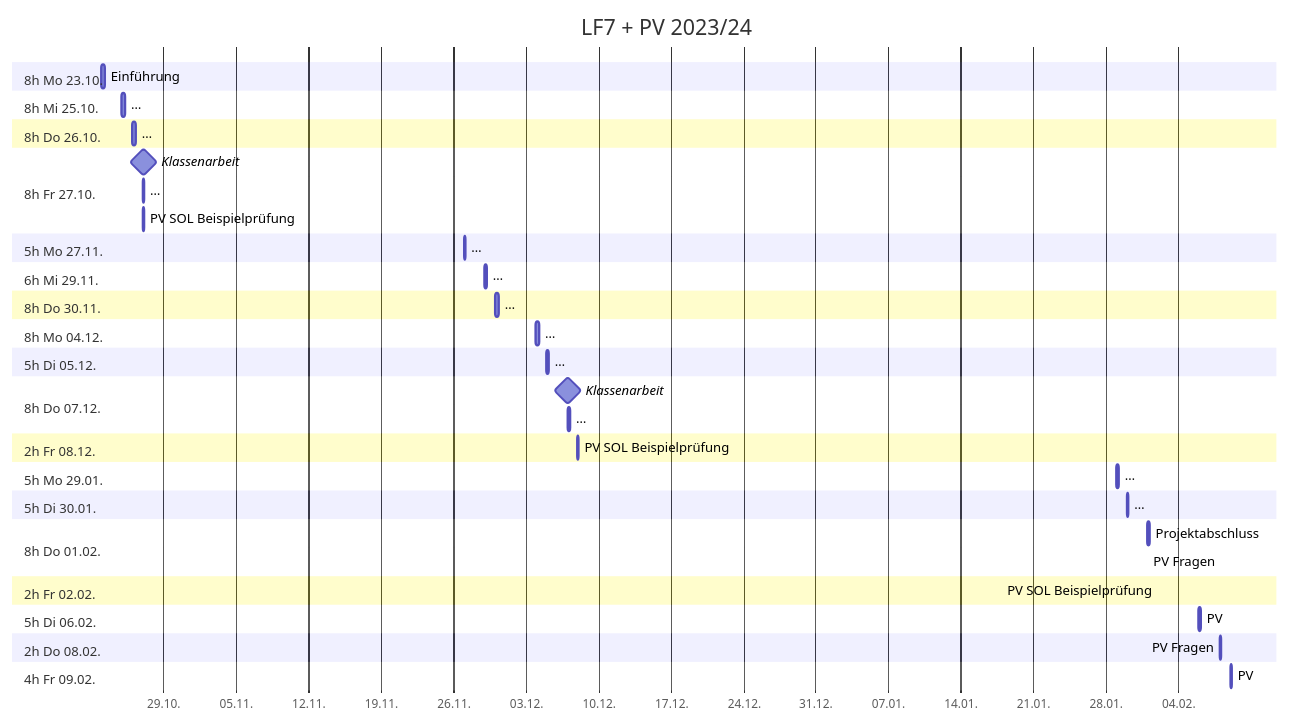
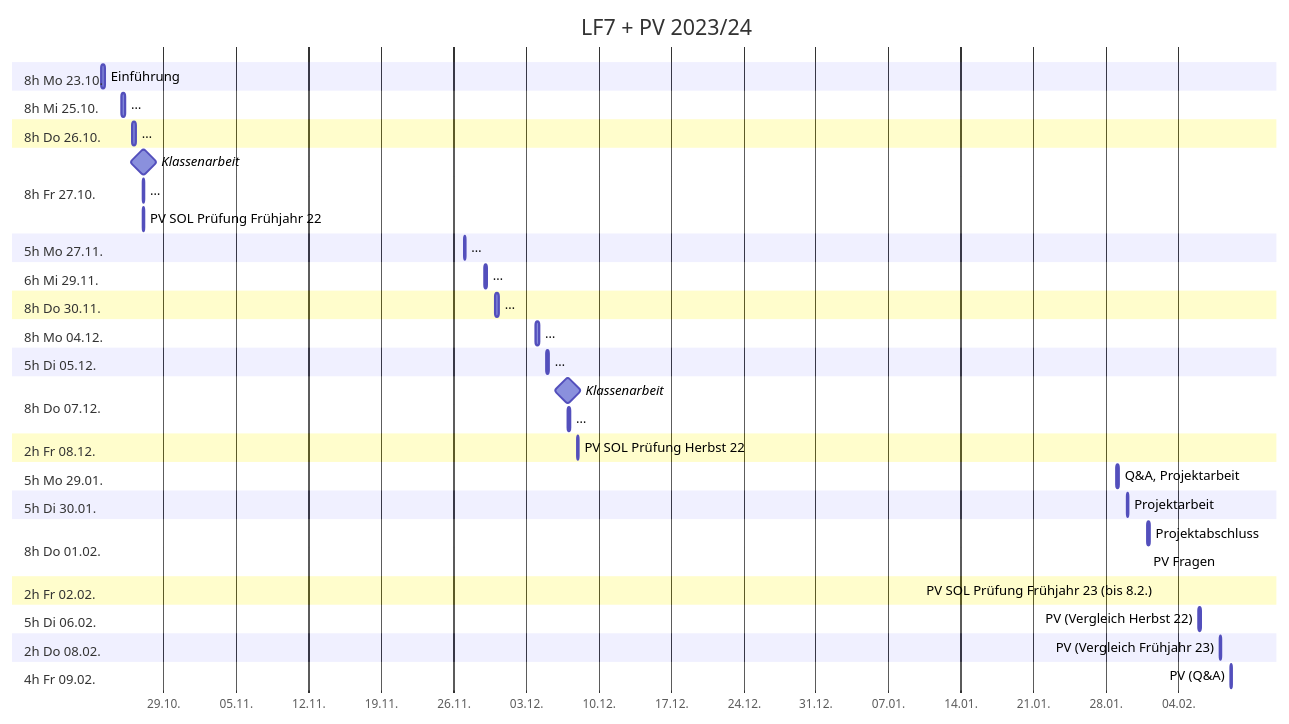
The diagram in src/plan.md (passa-wq/LF7), drawn with Mermaid before and after one commit. The commit also changed other lines of this file and 1 other file, not shown here.

Commit message:
plan: details letzte tage

````diff
--- a/src/plan.md
+++ b/src/plan.md
@@ -5,46 +5,46 @@
 ```mermaid
 gantt
  title LF7 + PV 2023/24
  dateFormat YYYY-MM-DD
  axisFormat %d.%m.
  section 8h Mo 23.10.
   Einführung                  :2023-10-23, 8h
  section 8h Mi 25.10.
   …                           :2023-10-25, 8h
  section 8h Do 26.10.
   …                           :2023-10-26, 8h
  section 8h Fr 27.10.
   Klassenarbeit               :milestone, 2023-10-27, 2h
   …                           :2023-10-27, 4h
-  PV SOL Beispielprüfung      :2023-10-27, 2h
+  PV SOL Prüfung Frühjahr 22  :2023-10-27, 2h
  section 5h Mo 27.11.
   …                           :2023-11-27, 5h
  section 6h Mi 29.11.
   …                           :2023-11-29, 6h
  section 8h Do 30.11.
   …                           :2023-11-30, 8h
  section 8h Mo 04.12.
   …                           :2023-12-04, 7h
  section 5h Di 05.12.
   …                           :2023-12-05, 5h
  section 8h Do 07.12.
   Klassenarbeit               :milestone, 2023-12-07, 2h
   …                           :2023-12-07, 6h
  section 2h Fr 08.12.
-  PV SOL Beispielprüfung      :2023-12-08, 2h
+  PV SOL Prüfung Herbst 22    :2023-12-08, 2h
  section 5h Mo 29.01.
-  …                           :2024-01-29, 5h
+  Q&A, Projektarbeit          :2024-01-29, 5h
  section 5h Di 30.01.
-  …                           :2024-01-30, 5h
+  Projektarbeit               :2024-01-30, 5h
  section 8h Do 01.02.
   Projektabschluss            :2024-02-01, 7h
   PV Fragen                   :2024-02-01, 1h
  section 2h Fr 02.02.
-  PV SOL Beispielprüfung      :2024-02-02, 2h
+  PV SOL Prüfung Frühjahr 23 (bis 8.2.) :2024-02-02, 2h
  section 5h Di 06.02.
-  PV                          :2024-02-06, 5h
+  PV (Vergleich Herbst 22)    :2024-02-06, 5h
  section 2h Do 08.02.
-  PV Fragen                   :2024-02-08, 2h
+  PV (Vergleich Frühjahr 23)  :2024-02-08, 2h
  section 4h Fr 09.02.
-  PV                          :2024-02-09, 4h
+  PV (Q&A)                    :2024-02-09, 4h
 ```
````
